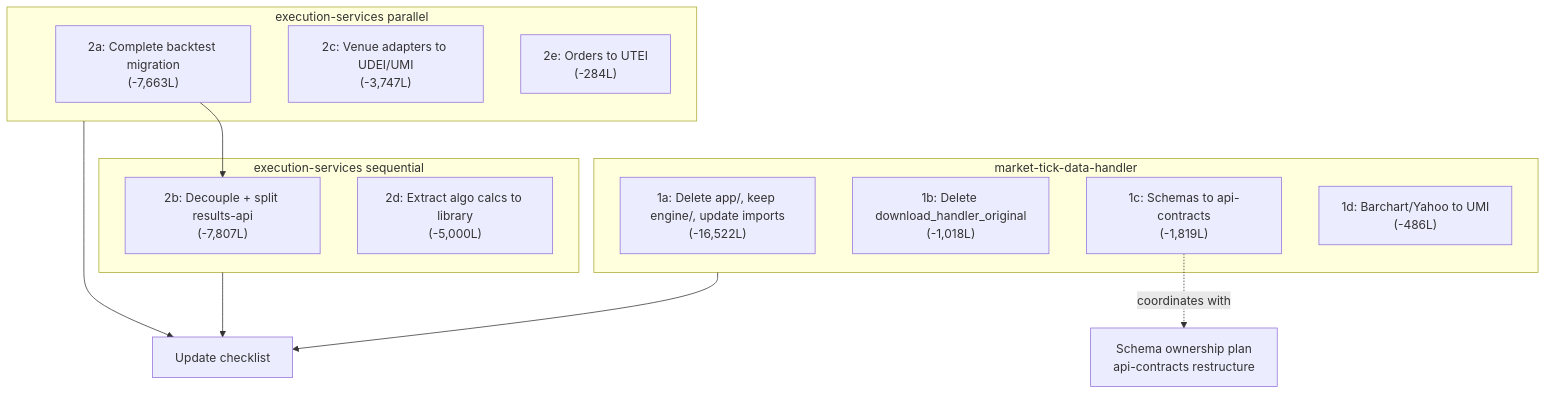
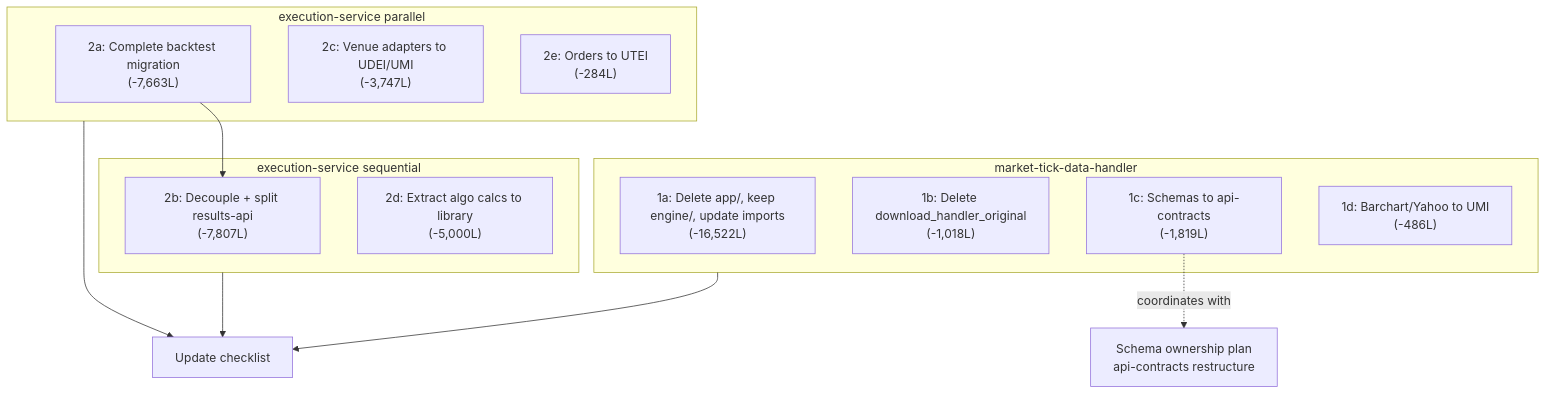
The diagram in plans/cursor-plans/archive/service_bloat_extraction_88f98116.plan.md (IggyIkenna/unified-trading-pm), drawn with Mermaid before and after one commit. The commit also changed other lines of this file and 122 other files, not shown here.

````diff
--- a/plans/cursor-plans/archive/service_bloat_extraction_88f98116.plan.md
+++ b/plans/cursor-plans/archive/service_bloat_extraction_88f98116.plan.md
@@ -257,22 +257,22 @@
 ```mermaid
 flowchart TD
     subgraph mtdh [market-tick-data-handler]
         A["1a: Delete app/, keep engine/, update imports\n(-16,522L)"]
         B["1b: Delete download_handler_original\n(-1,018L)"]
         C["1c: Schemas to api-contracts\n(-1,819L)"]
         D["1d: Barchart/Yahoo to UMI\n(-486L)"]
     end
-    subgraph exec_independent [execution-services parallel]
+    subgraph exec_independent [execution-service parallel]
         H["2a: Complete backtest migration\n(-7,663L)"]
         I["2c: Venue adapters to UDEI/UMI\n(-3,747L)"]
         K["2e: Orders to UTEI\n(-284L)"]
     end
-    subgraph exec_dependent [execution-services sequential]
+    subgraph exec_dependent [execution-service sequential]
         H --> F["2b: Decouple + split results-api\n(-7,807L)"]
         J["2d: Extract algo calcs to library\n(-5,000L)"]
     end
     C -.->|"coordinates with"| schema_plan["Schema ownership plan\napi-contracts restructure"]
     exec_independent --> Done[Update checklist]
     exec_dependent --> Done
     mtdh --> Done
 ```
````
